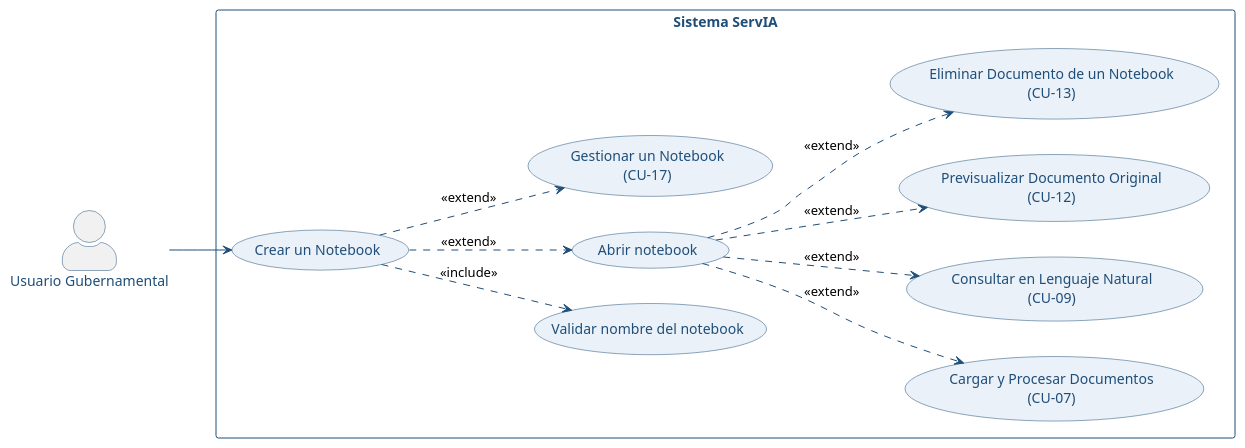
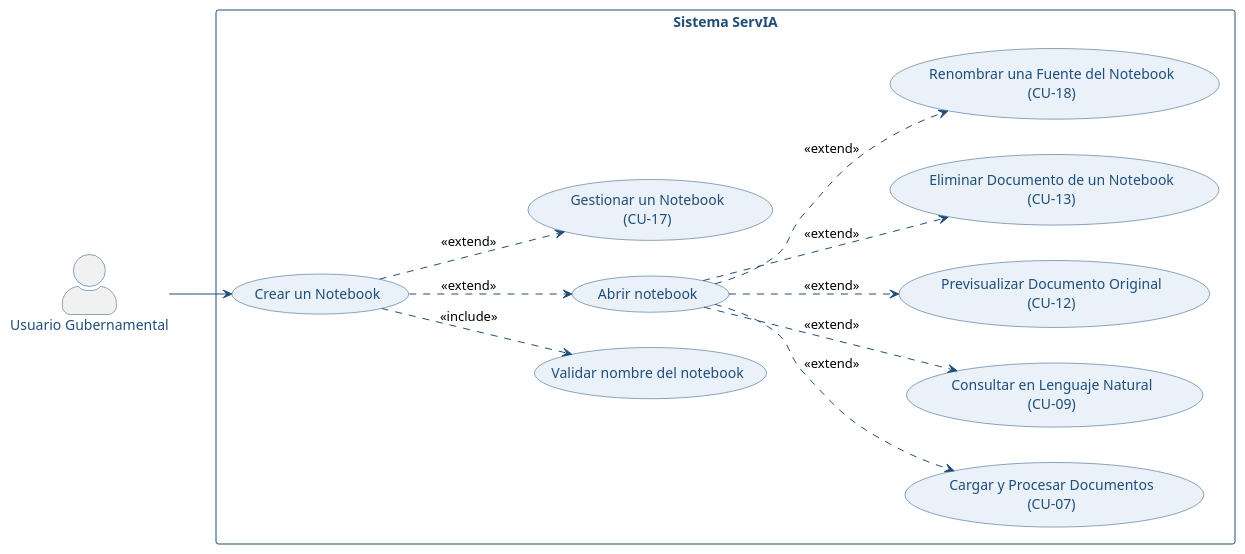
One commit to procmc/JusticIA changed the diagram in Documentacion/Documentacion_ServIA_2026/Diagramas/Casos_Uso/cu-11.puml. Above: the diagram before and after it, drawn with PlantUML. The commit also changed 9 other files, not shown here.

First line of the commit message:
Actualizar la documentacion con las fuentes del notebook (spec 009b)

```diff
--- a/Documentacion/Documentacion_ServIA_2026/Diagramas/Casos_Uso/cu-11.puml
+++ b/Documentacion/Documentacion_ServIA_2026/Diagramas/Casos_Uso/cu-11.puml
@@ -1,42 +1,44 @@
 @startuml
 left to right direction
 
 skinparam backgroundColor white
 skinparam actorStyle awesome
 skinparam usecase {
   BackgroundColor #EAF1F8
   BorderColor #1F4E79
   FontColor #1F4E79
 }
 skinparam actor {
   BorderColor #1F4E79
   FontColor #1F4E79
 }
 skinparam rectangle {
   BorderColor #1F4E79
   FontColor #1F4E79
   FontStyle bold
 }
 skinparam ArrowColor #1F4E79
 skinparam packageStyle rectangle
 
 actor "Usuario Gubernamental" as UG
 rectangle "Sistema ServIA" {
   usecase "Crear un Notebook" as CU11
   usecase "Validar nombre del notebook" as S1
   usecase "Abrir notebook" as S2
   usecase "Cargar y Procesar Documentos\n(CU-07)" as RCU07
   usecase "Consultar en Lenguaje Natural\n(CU-09)" as RCU09
   usecase "Previsualizar Documento Original\n(CU-12)" as RCU12
   usecase "Eliminar Documento de un Notebook\n(CU-13)" as RCU13
   usecase "Gestionar un Notebook\n(CU-17)" as RCU17
+  usecase "Renombrar una Fuente del Notebook\n(CU-18)" as RCU18
 }
 UG --> CU11
 CU11 ..> S1 : <<include>>
 CU11 ..> S2 : <<extend>>
 S2 ..> RCU07 : <<extend>>
 S2 ..> RCU09 : <<extend>>
 S2 ..> RCU12 : <<extend>>
 S2 ..> RCU13 : <<extend>>
+S2 ..> RCU18 : <<extend>>
 CU11 ..> RCU17 : <<extend>>
 @enduml
```
